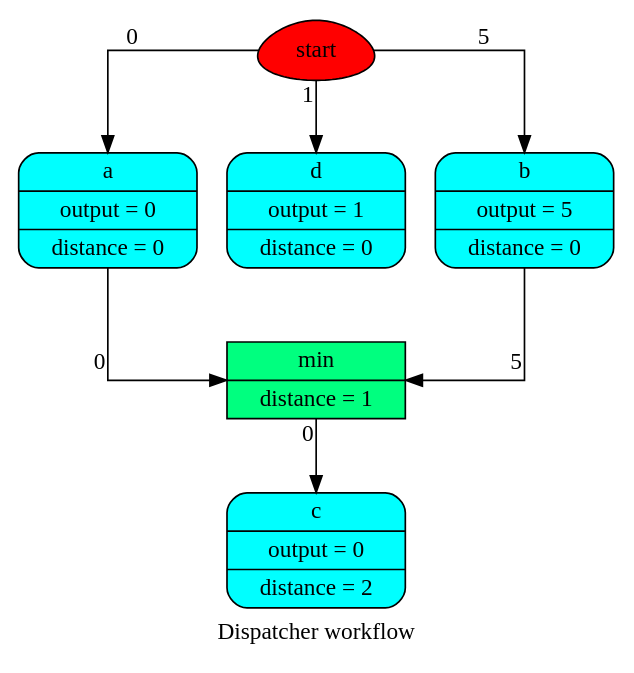
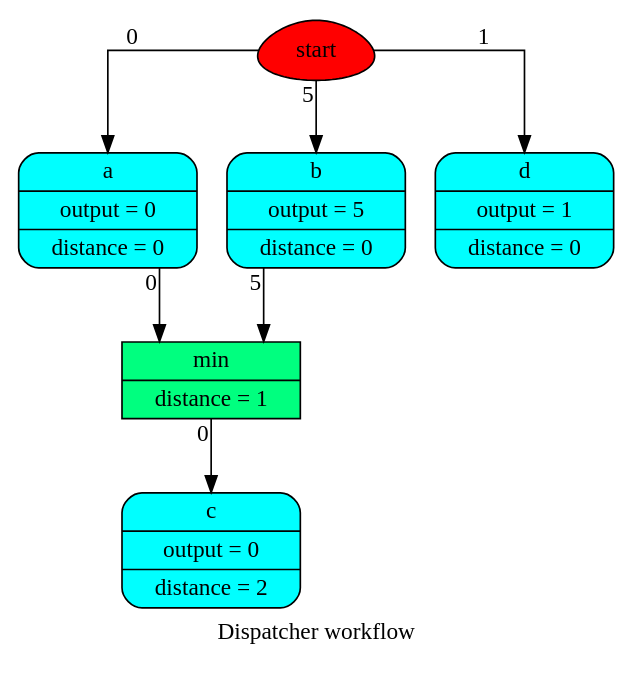
The diagram in doc/dispatcher/__init__/dispatch/wf2.dot (vinci1it2000/schedula), drawn with Graphviz before and after one commit. The commit also changed 27 other files, not shown here.

```diff
--- a/doc/dispatcher/__init__/dispatch/wf2.dot
+++ b/doc/dispatcher/__init__/dispatch/wf2.dot
@@ -1,18 +1,18 @@
 digraph Dispatcher {
 	graph [ratio=1]
 	node [style=filled]
 	label = "Dispatcher workflow"
 	splines = ortho
-		Dispatcher_78709768 [label=start fillcolor=red shape=egg]
-		Dispatcher_5285838715725610368 [label="{ a | output = 0 | distance = 0 }" fillcolor=cyan shape=Mrecord]
-		"Dispatcher_-4776872530784439559" [label="{ d | output = 1 | distance = 0 }" fillcolor=cyan shape=Mrecord]
-		Dispatcher_842756815190668186 [label="{ b | output = 5 | distance = 0 }" fillcolor=cyan shape=Mrecord]
-		"Dispatcher_-2964974125178634454" [label="{ min | distance = 1 }" fillcolor=springgreen shape=record]
-		"Dispatcher_-1283898629557077595" [label="{ c | output = 0 | distance = 2 }" fillcolor=cyan shape=Mrecord]
-			Dispatcher_5285838715725610368 -> "Dispatcher_-2964974125178634454" [xlabel=0]
-			Dispatcher_78709768 -> Dispatcher_5285838715725610368 [xlabel=0]
-			Dispatcher_78709768 -> "Dispatcher_-4776872530784439559" [xlabel=1]
-			Dispatcher_78709768 -> Dispatcher_842756815190668186 [xlabel=5]
-			Dispatcher_842756815190668186 -> "Dispatcher_-2964974125178634454" [xlabel=5]
-			"Dispatcher_-2964974125178634454" -> "Dispatcher_-1283898629557077595" [xlabel=0]
+		Dispatcher_4373696704 [label=start fillcolor=red shape=egg]
+		"Dispatcher_-35248632753272255" [label="{ a | output = 0 | distance = 0 }" fillcolor=cyan shape=Mrecord]
+		"Dispatcher_-1733153557414316222" [label="{ min | distance = 1 }" fillcolor=springgreen shape=record]
+		"Dispatcher_-8801974575710628490" [label="{ b | output = 5 | distance = 0 }" fillcolor=cyan shape=Mrecord]
+		"Dispatcher_-7355484794926520005" [label="{ d | output = 1 | distance = 0 }" fillcolor=cyan shape=Mrecord]
+		"Dispatcher_-3560345689608233296" [label="{ c | output = 0 | distance = 2 }" fillcolor=cyan shape=Mrecord]
+			Dispatcher_4373696704 -> "Dispatcher_-35248632753272255" [xlabel=0]
+			Dispatcher_4373696704 -> "Dispatcher_-7355484794926520005" [xlabel=1]
+			Dispatcher_4373696704 -> "Dispatcher_-8801974575710628490" [xlabel=5]
+			"Dispatcher_-35248632753272255" -> "Dispatcher_-1733153557414316222" [xlabel=0]
+			"Dispatcher_-1733153557414316222" -> "Dispatcher_-3560345689608233296" [xlabel=0]
+			"Dispatcher_-8801974575710628490" -> "Dispatcher_-1733153557414316222" [xlabel=5]
 }
```
